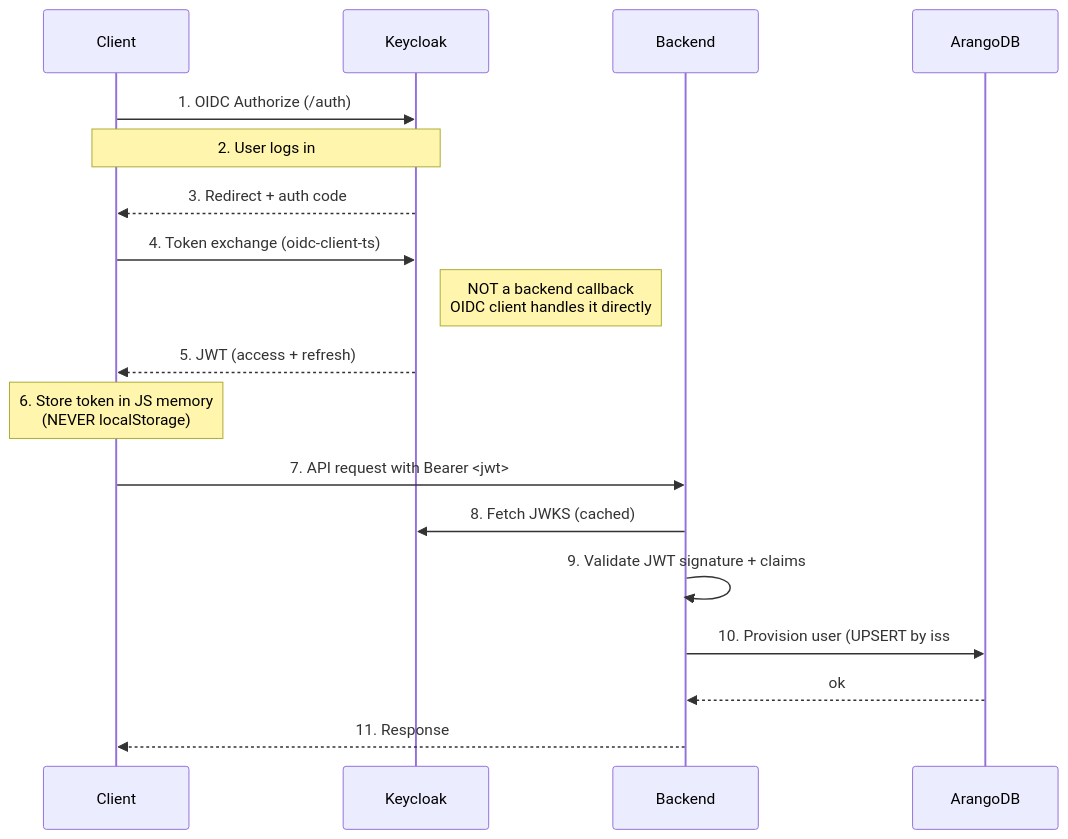
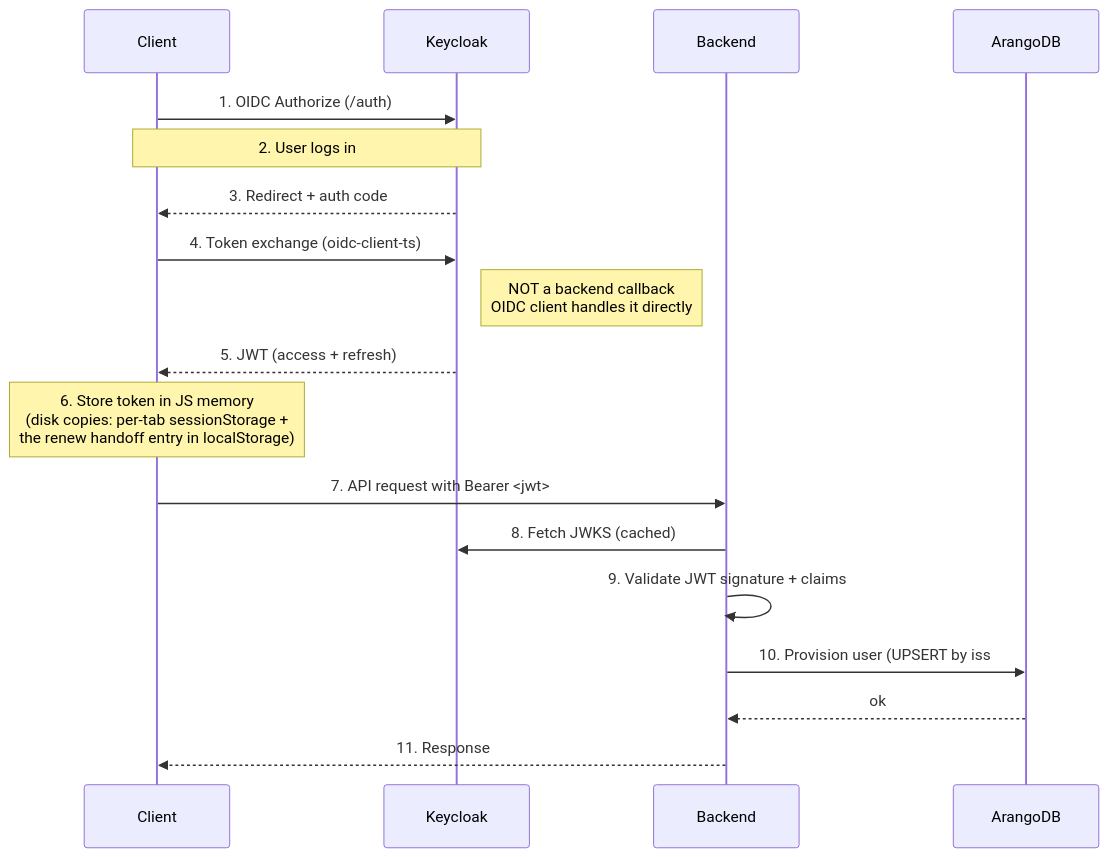
The third of 6 diagrams in site/content/en/docs/core/integration-architecture.md (jrevillard/genie-ai-replica), drawn with Mermaid before and after one commit. The commit also changed 2 other files, not shown here.

Commit message:
docs+test: three low-severity fixes from review round 5 (!798)
- integration-architecture's sequence diagram said tokens are stored
  'NEVER localStorage' — the same page documents the handoff entry in
  localStorage, and this wave stamps the page as reviewed. The note now
  states the real disk copies.
- auth-flow's ID-token row said the handoff entry is wiped 'at each
  renew entry' — the pre-#1535 behavior; qualified with the retention
  bound, matching the refresh-token row below it.
- The shared race harness restored its spy twice (inner call + finally);
  the finally alone is correct.

````diff
--- a/site/content/en/docs/core/integration-architecture.md
+++ b/site/content/en/docs/core/integration-architecture.md
@@ -907,23 +907,23 @@
 ```mermaid
 sequenceDiagram
     participant C as Client
     participant K as Keycloak
     participant B as Backend
     participant DB as ArangoDB
 
     C->>K: 1. OIDC Authorize (/auth)
     Note over C,K: 2. User logs in
     K-->>C: 3. Redirect + auth code
     C->>K: 4. Token exchange (oidc-client-ts)
     Note right of K: NOT a backend callback<br/>OIDC client handles it directly
     K-->>C: 5. JWT (access + refresh)
 
-    Note over C: 6. Store token in JS memory<br/>(NEVER localStorage)
+    Note over C: 6. Store token in JS memory<br/>(disk copies: per-tab sessionStorage +<br/>the renew handoff entry in localStorage)
 
     C->>B: 7. API request with Bearer <jwt>
     B->>K: 8. Fetch JWKS (cached)
     B->>B: 9. Validate JWT signature + claims
     B->>DB: 10. Provision user (UPSERT by iss#sub)
     DB-->>B: ok
     B-->>C: 11. Response
 ```
````
